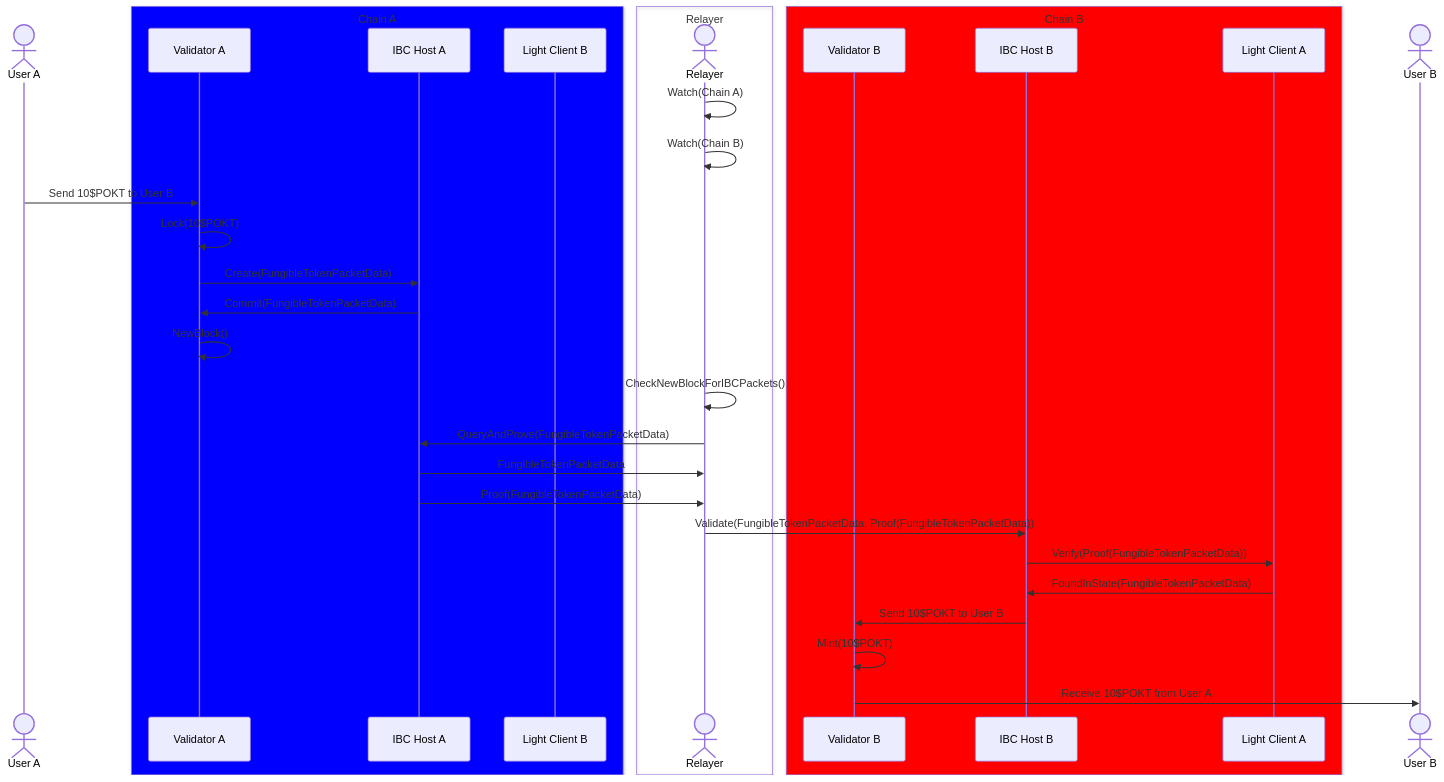
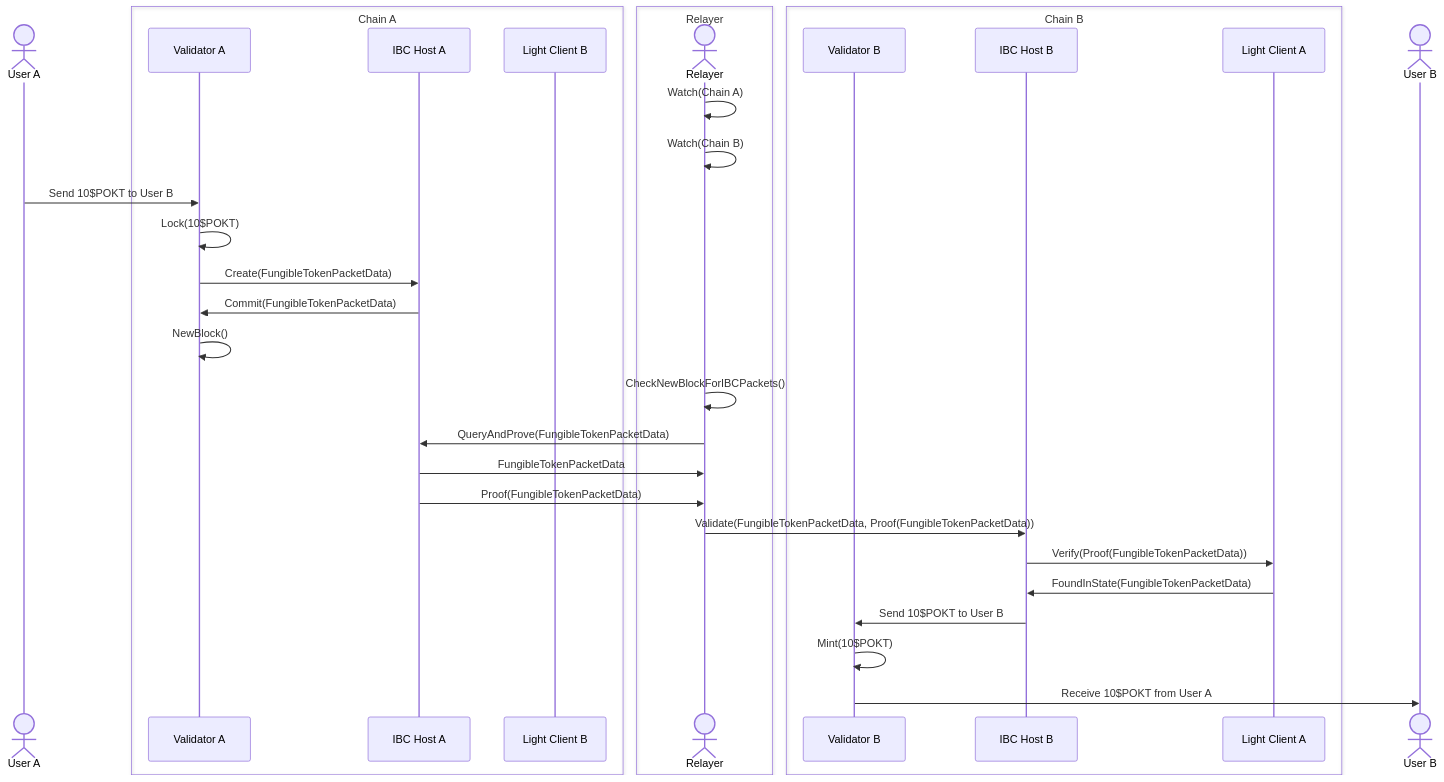
Before and after one commit to pokt-network/pocket: the first of 2 diagrams in ibc/docs/ics24.md, drawn with Mermaid. The commit also changed other lines of this file and 1 other file, not shown here.

````diff
--- a/ibc/docs/ics24.md
+++ b/ibc/docs/ics24.md
@@ -45,35 +47,35 @@
 ```mermaid
 sequenceDiagram
   actor UA as User A
-  box Blue Chain A
+  box Transparent Chain A
     participant A1 as Validator A
     participant A2 as IBC Host A
     participant A3 as Light Client B
   end
   box Transparent Relayer
     actor R1 as Relayer
   end
-  box Red Chain B
+  box Transparent Chain B
     participant B1 as Validator B
     participant B2 as IBC Host B
     participant B3 as Light Client A
   end
   actor UB as User B
   R1->>R1: Watch(Chain A)
   R1->>R1: Watch(Chain B)
   UA->>A1: Send 10$POKT to User B
   A1->>A1: Lock(10$POKT)
   A1->>A2: Create(FungibleTokenPacketData)
   A2->>A1: Commit(FungibleTokenPacketData)
   A1->>A1: NewBlock()
   R1->>R1: CheckNewBlockForIBCPackets()
   R1->>A2: QueryAndProve(FungibleTokenPacketData)
   A2->>R1: FungibleTokenPacketData
   A2->>R1: Proof(FungibleTokenPacketData)
   R1->>B2: Validate(FungibleTokenPacketData, Proof(FungibleTokenPacketData))
   B2->>B3: Verify(Proof(FungibleTokenPacketData))
   B3->>B2: FoundInState(FungibleTokenPacketData)
   B2->>B1: Send 10$POKT to User B
   B1->>B1: Mint(10$POKT)
   B1->>UB: Receive 10$POKT from User A
 ```
````
